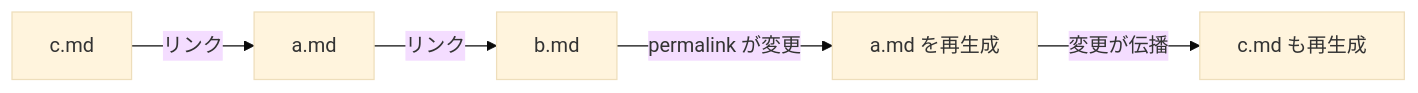
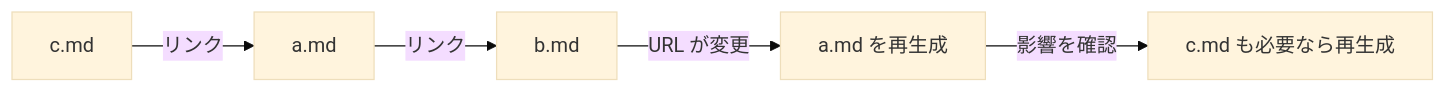
Before and after one commit to Rerurate514/riebeckite: the second of 2 diagrams in docs/ja/docs/framework/build-system.md, drawn with Mermaid (base theme). The commit also changed other lines of this file, not shown here.

````diff
--- a/docs/ja/docs/framework/build-system.md
+++ b/docs/ja/docs/framework/build-system.md
@@ -113,8 +109,8 @@
 ```mermaid
 flowchart LR
     A["a.md"] -->|"リンク"| B["b.md"]
     C["c.md"] -->|"リンク"| A
 
-    B -->|"permalink が変更"| D["a.md を再生成"]
-    D -->|"変更が伝播"| E["c.md も再生成"]
+    B -->|"URL が変更"| D["a.md を再生成"]
+    D -->|"影響を確認"| E["c.md も必要なら再生成"]
 ```
````
